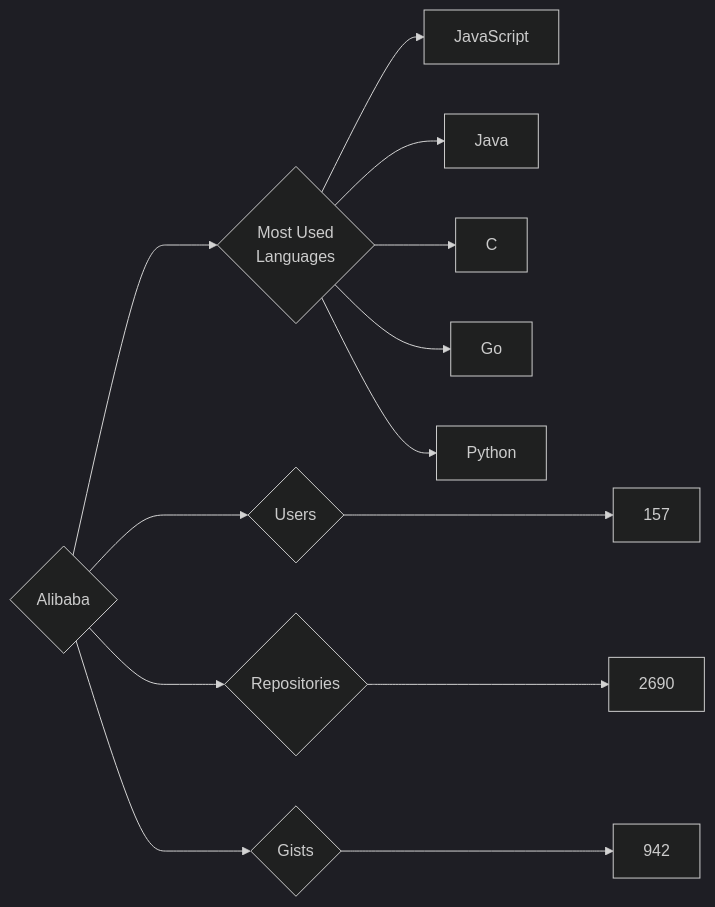
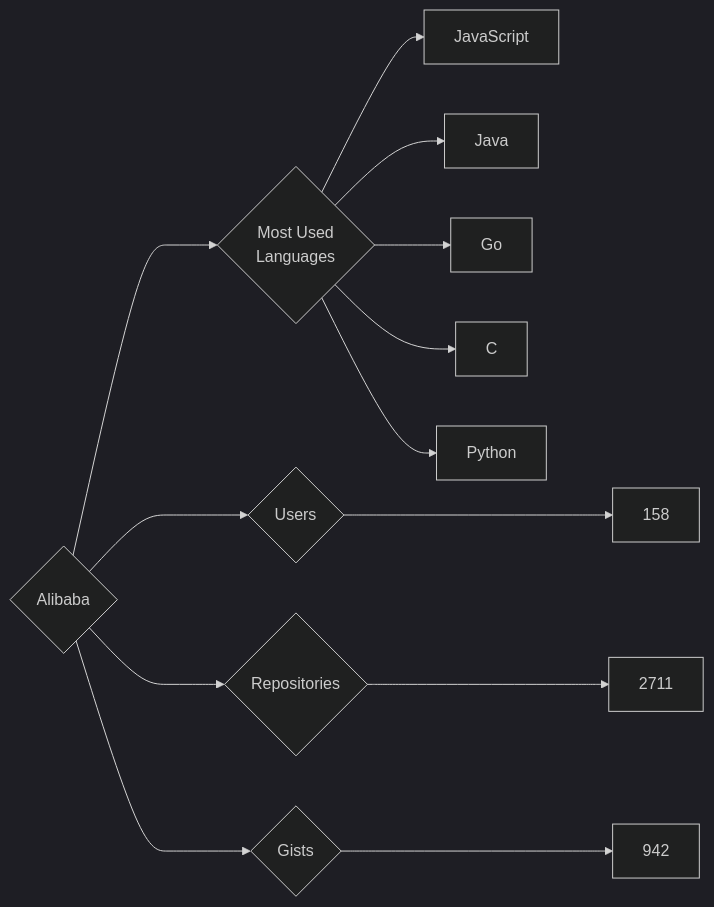
One commit to trickest/insiders changed the diagram in targets/Alibaba/README.md. Above: the diagram before and after it, drawn with Mermaid (dark theme). The commit also changed 912 other files, not shown here.

````diff
--- a/targets/Alibaba/README.md
+++ b/targets/Alibaba/README.md
@@ -3,13 +3,13 @@
 ```mermaid
 graph LR
 COMPANY_NAME{Alibaba}
-COMPANY_NAME ---> U{Users} ---> UN[157]
-COMPANY_NAME ---> R{Repositories} ---> RN[2690]
+COMPANY_NAME ---> U{Users} ---> UN[158]
+COMPANY_NAME ---> R{Repositories} ---> RN[2711]
 COMPANY_NAME ---> G{Gists} ---> GN[942]
 COMPANY_NAME ---> ML{Most Used<br>Languages}
 ML --> JavaScript[JavaScript]
 ML --> Java[Java]
+ML --> Go[Go]
 ML --> C[C]
-ML --> Go[Go]
 ML --> Python[Python]
 ```
````
